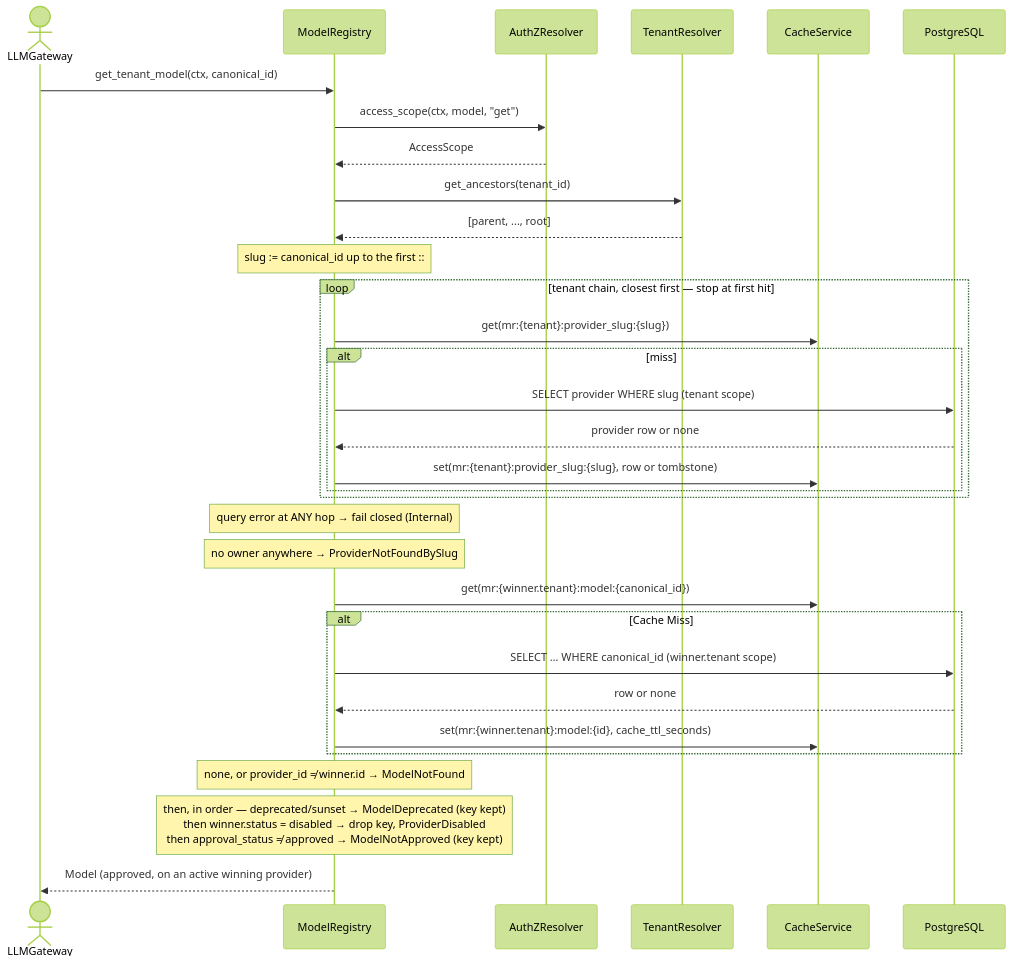
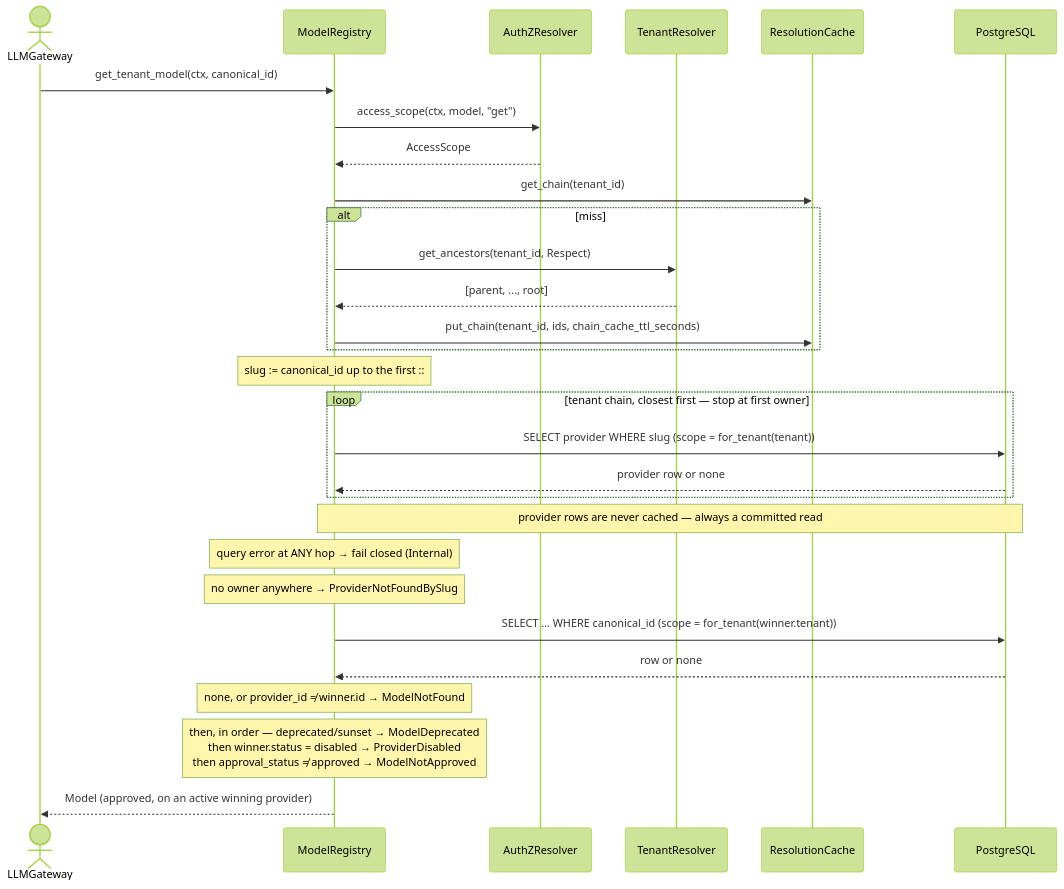
The third of 9 diagrams in gears/model-registry/docs/DESIGN.md (constructorfabric/gears-rust), drawn with Mermaid (forest theme) before and after one commit. The commit also changed other lines of this file and 1 other file, not shown here.

Commit message:
docs(model-registry): Update cache strategy

````diff
--- a/gears/model-registry/docs/DESIGN.md
+++ b/gears/model-registry/docs/DESIGN.md
@@ -975,38 +1033,36 @@
 ```mermaid
 sequenceDiagram
     actor LLMGateway
     participant MR as ModelRegistry
     participant PDP as AuthZResolver
     participant Tenant as TenantResolver
-    participant Cache as CacheService
+    participant Cache as ResolutionCache
     participant DB as PostgreSQL
 
     LLMGateway->>MR: get_tenant_model(ctx, canonical_id)
     MR->>PDP: access_scope(ctx, model, "get")
     PDP-->>MR: AccessScope
-    MR->>Tenant: get_ancestors(tenant_id)
-    Tenant-->>MR: [parent, ..., root]
+
+    MR->>Cache: get_chain(tenant_id)
+    alt miss
+        MR->>Tenant: get_ancestors(tenant_id, Respect)
+        Tenant-->>MR: [parent, ..., root]
+        MR->>Cache: put_chain(tenant_id, ids, chain_cache_ttl_seconds)
+    end
 
     note over MR: slug := canonical_id up to the first ::
 
-    loop tenant chain, closest first — stop at first hit
-        MR->>Cache: get(mr:{tenant}:provider_slug:{slug})
-        alt miss
-            MR->>DB: SELECT provider WHERE slug (tenant scope)
-            DB-->>MR: provider row or none
-            MR->>Cache: set(mr:{tenant}:provider_slug:{slug}, row or tombstone)
-        end
+    loop tenant chain, closest first — stop at first owner
+        MR->>DB: SELECT provider WHERE slug (scope = for_tenant(tenant))
+        DB-->>MR: provider row or none
     end
+    note over MR,DB: provider rows are never cached — always a committed read
     note over MR: query error at ANY hop → fail closed (Internal)
     note over MR: no owner anywhere → ProviderNotFoundBySlug
 
-    MR->>Cache: get(mr:{winner.tenant}:model:{canonical_id})
-    alt Cache Miss
-        MR->>DB: SELECT … WHERE canonical_id (winner.tenant scope)
-        DB-->>MR: row or none
-        MR->>Cache: set(mr:{winner.tenant}:model:{id}, cache_ttl_seconds)
-    end
+    MR->>DB: SELECT … WHERE canonical_id (scope = for_tenant(winner.tenant))
+    DB-->>MR: row or none
     note over MR: none, or provider_id ≠ winner.id → ModelNotFound
-    note over MR: then, in order — deprecated/sunset → ModelDeprecated (key kept)<br/>then winner.status = disabled → drop key, ProviderDisabled<br/>then approval_status ≠ approved → ModelNotApproved (key kept)
+    note over MR: then, in order — deprecated/sunset → ModelDeprecated<br/>then winner.status = disabled → ProviderDisabled<br/>then approval_status ≠ approved → ModelNotApproved
     MR-->>LLMGateway: Model (approved, on an active winning provider)
 ```
````
